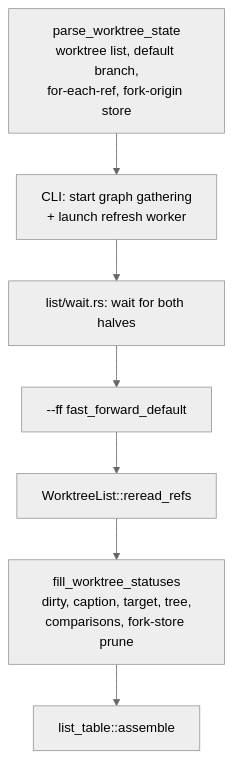
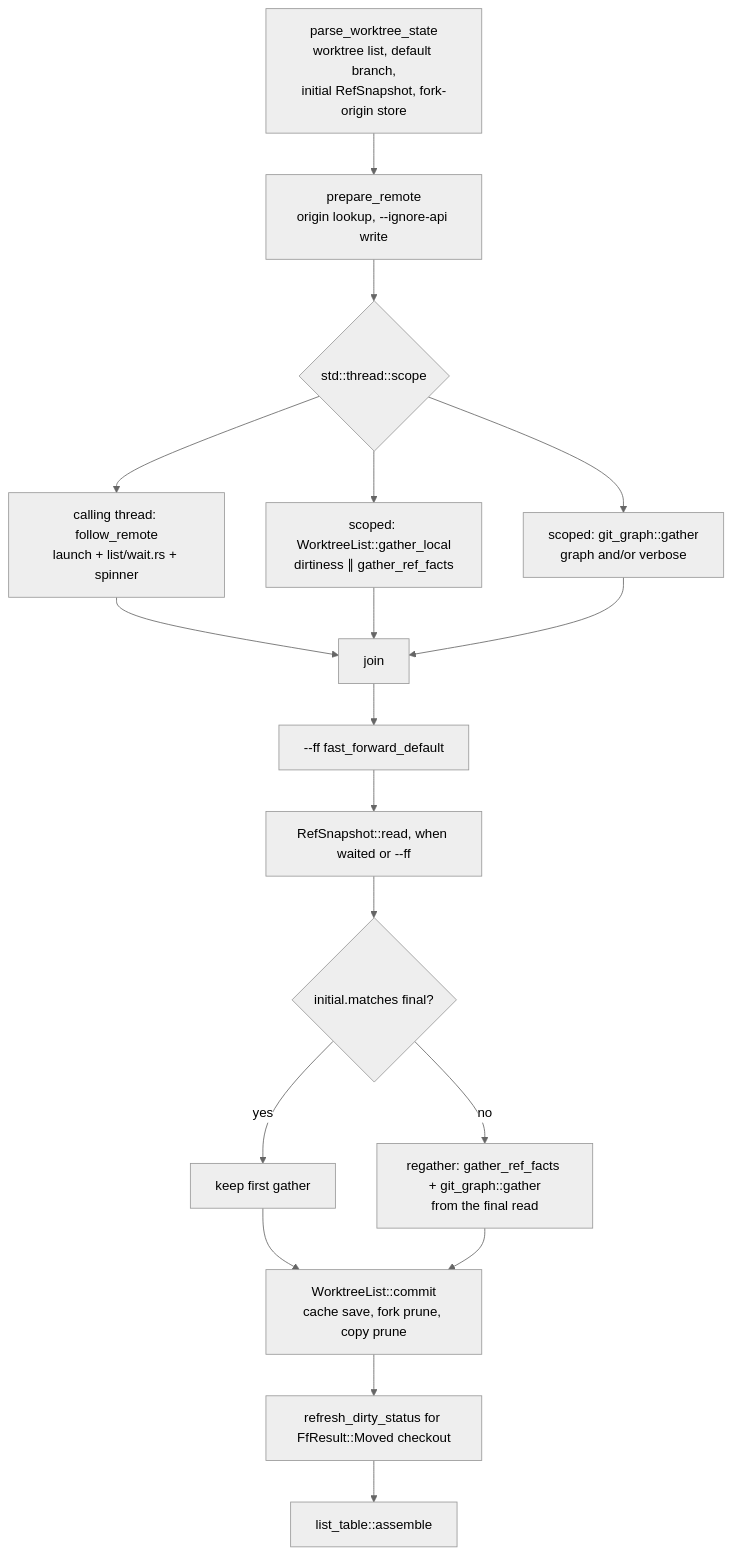
One commit to yankeeinlondon/rusty-biscuit changed the diagram in .claude/skills/worktree/list.md. Above: the diagram before and after it, drawn with Mermaid (neutral theme). The commit also changed other lines of this file and 7 other files, not shown here.

````diff
--- a/.claude/skills/worktree/list.md
+++ b/.claude/skills/worktree/list.md
@@ -10,9 +13,20 @@
 ```mermaid
 flowchart TD
-  A[parse_worktree_state<br/>worktree list, default branch,<br/>for-each-ref, fork-origin store] --> B[CLI: start graph gathering<br/>+ launch refresh worker]
-  B --> W[list/wait.rs: wait for both halves]
-  W --> F[--ff fast_forward_default]
-  F --> R[WorktreeList::reread_refs]
-  R --> C[fill_worktree_statuses<br/>dirty, caption, target, tree,<br/>comparisons, fork-store prune]
-  C --> T[list_table::assemble]
+  A[parse_worktree_state<br/>worktree list, default branch,<br/>initial RefSnapshot, fork-origin store] --> P[prepare_remote<br/>origin lookup, --ignore-api write]
+  P --> S{std::thread::scope}
+  S --> W[calling thread: follow_remote<br/>launch + list/wait.rs + spinner]
+  S --> L[scoped: WorktreeList::gather_local<br/>dirtiness ∥ gather_ref_facts]
+  S --> G[scoped: git_graph::gather<br/>graph and/or verbose]
+  W --> J[join]
+  L --> J
+  G --> J
+  J --> F[--ff fast_forward_default]
+  F --> R[RefSnapshot::read, when waited or --ff]
+  R --> E{initial.matches final?}
+  E -- yes --> K[keep first gather]
+  E -- no --> X[regather: gather_ref_facts + git_graph::gather<br/>from the final read]
+  K --> C[WorktreeList::commit<br/>cache save, fork prune, copy prune]
+  X --> C
+  C --> D[refresh_dirty_status for FfResult::Moved checkout]
+  D --> T[list_table::assemble]
 ```
````
